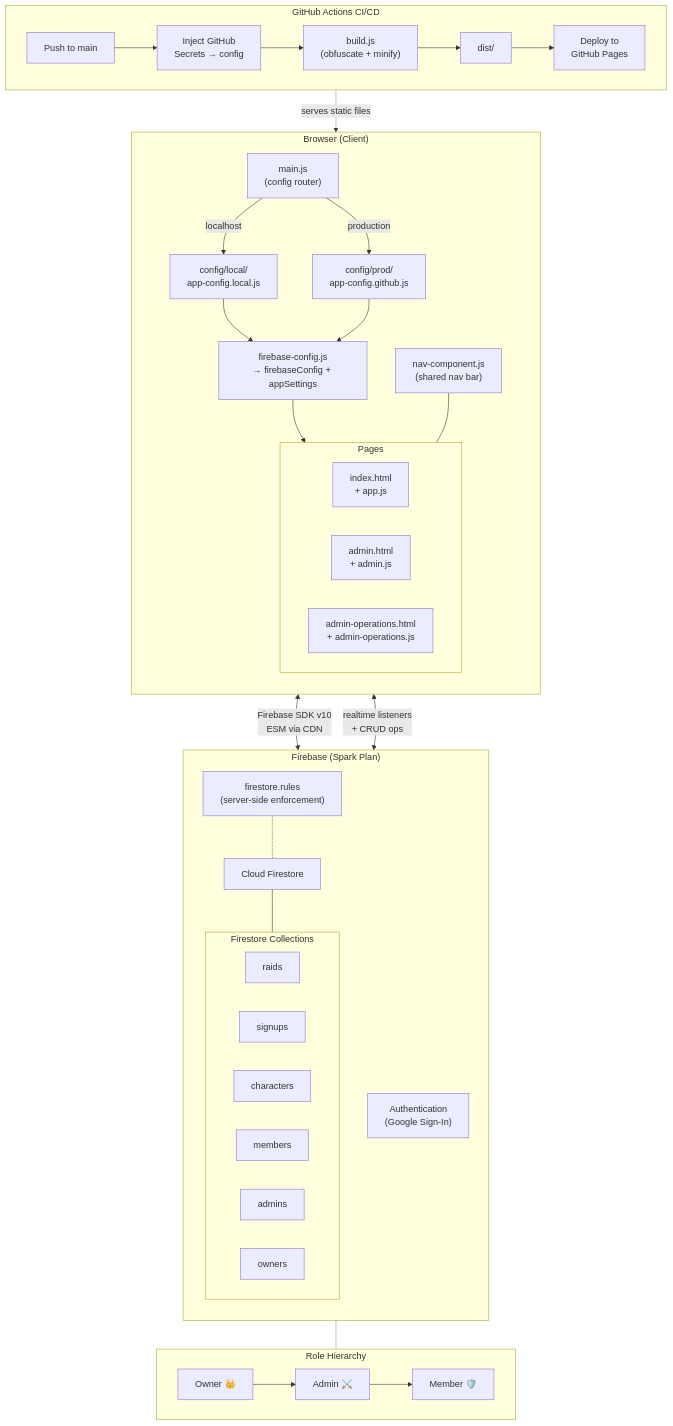
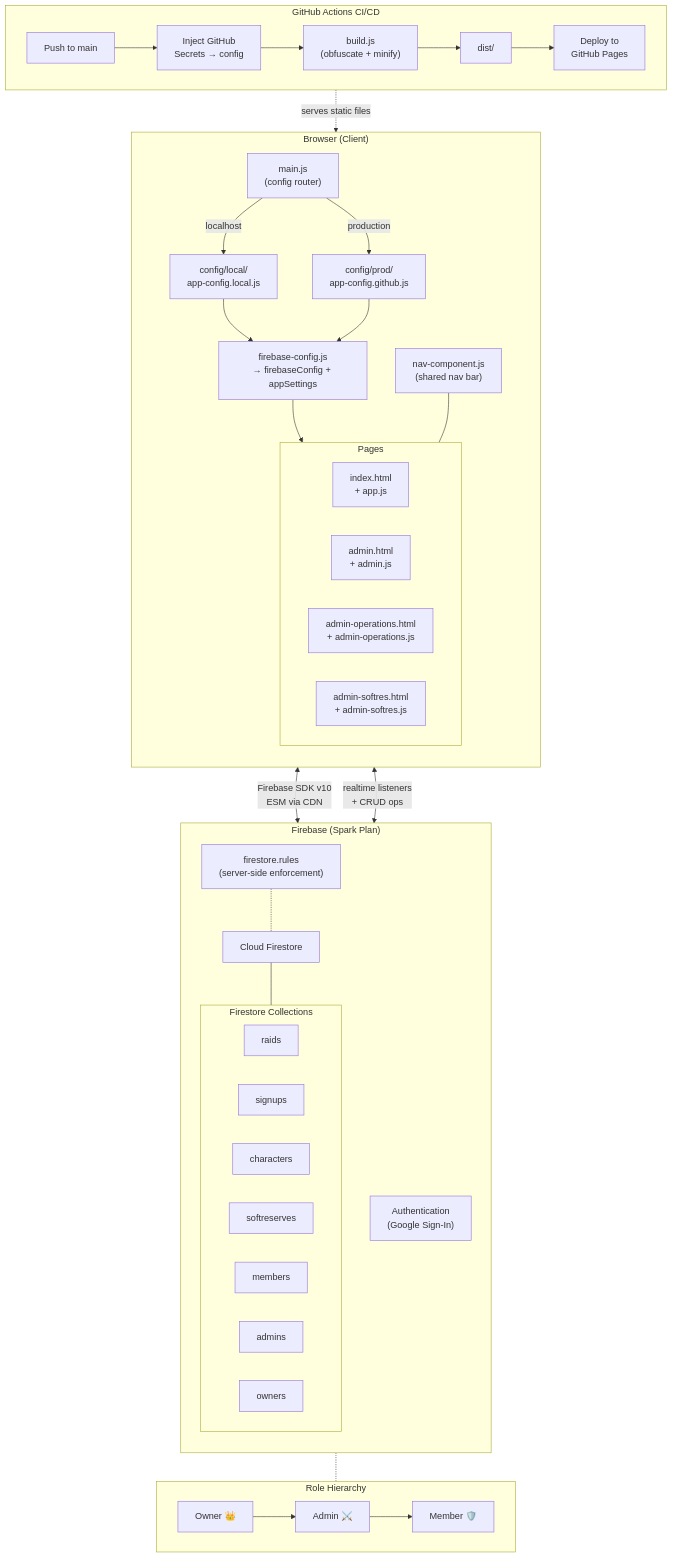
One commit to KyleAMarfise/hoperaider changed the diagram in README.md. Above: the diagram before and after it, drawn with Mermaid. The commit also changed other lines of this file, not shown here.

````diff
--- a/README.md
+++ b/README.md
@@ -18,61 +19,63 @@
 ```mermaid
 flowchart TB
     subgraph Browser["Browser (Client)"]
         direction TB
         main["main.js\n(config router)"]
         nav["nav-component.js\n(shared nav bar)"]
 
         subgraph Pages["Pages"]
             direction LR
             index["index.html\n+ app.js"]
             admin["admin.html\n+ admin.js"]
             ops["admin-operations.html\n+ admin-operations.js"]
+            softres["admin-softres.html\n+ admin-softres.js"]
         end
 
         main -->|localhost| localCfg["config/local/\napp-config.local.js"]
         main -->|production| prodCfg["config/prod/\napp-config.github.js"]
         localCfg --> fbCfg["firebase-config.js\n→ firebaseConfig + appSettings"]
         prodCfg --> fbCfg
         fbCfg --> Pages
         nav --- Pages
     end
 
     subgraph Firebase["Firebase (Spark Plan)"]
         direction TB
         auth["Authentication\n(Google Sign-In)"]
         fs["Cloud Firestore"]
 
         subgraph Collections["Firestore Collections"]
             direction LR
             raids["raids"]
             signups["signups"]
             characters["characters"]
+            softreserves["softreserves"]
             members["members"]
             admins["admins"]
             owners["owners"]
         end
 
         rules["firestore.rules\n(server-side enforcement)"]
         rules -.- fs
         fs --- Collections
     end
 
     subgraph CI["GitHub Actions CI/CD"]
         direction LR
         push["Push to main"] --> secrets["Inject GitHub\nSecrets → config"]
         secrets --> build["build.js\n(obfuscate + minify)"]
         build --> dist["dist/"]
         dist --> deploy["Deploy to\nGitHub Pages"]
     end
 
     Pages <-->|Firebase SDK v10\nESM via CDN| auth
     Pages <-->|realtime listeners\n+ CRUD ops| fs
     deploy -.->|serves static files| Browser
 
     subgraph Roles["Role Hierarchy"]
         direction LR
         owner["Owner 👑"] --> adminRole["Admin ⚔️"] --> member["Member 🛡️"]
     end
 
     rules -.- Roles
 ```
````
